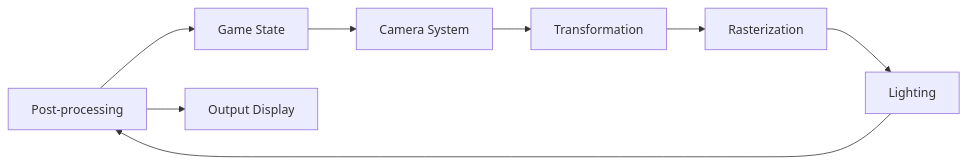
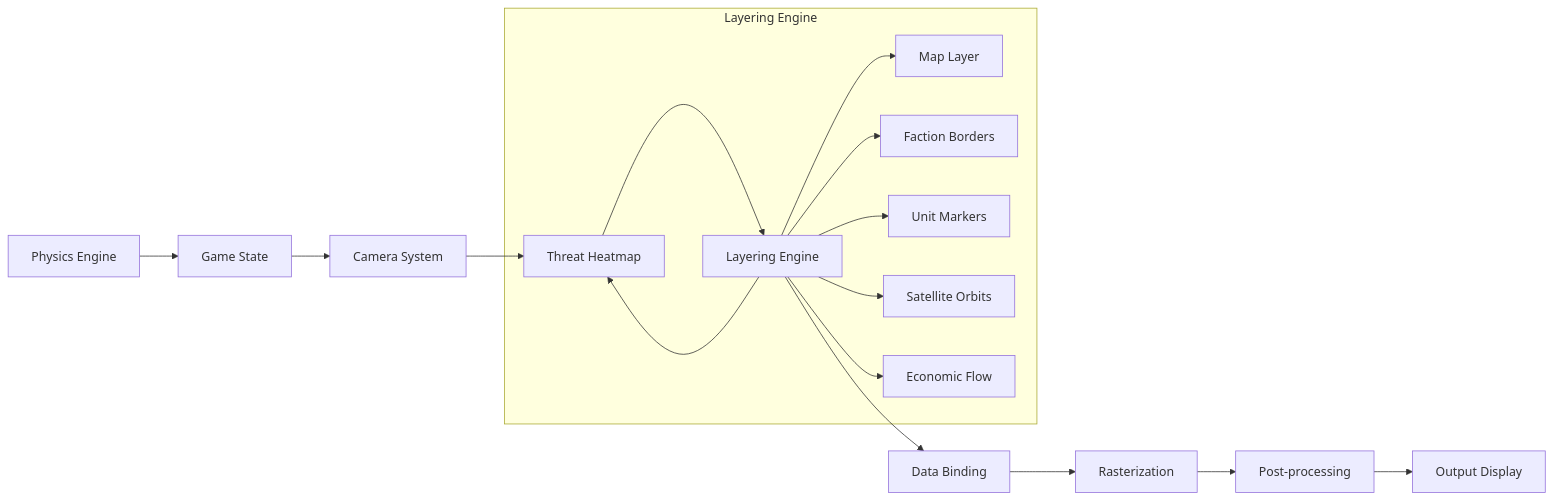
One commit to automenta/globalcrisis2 changed the fifth of 6 diagrams in MODEL.md. Above: the diagram before and after it, drawn with Mermaid. The commit also changed other lines of this file, not shown here.

````diff
--- a/MODEL.md
+++ b/MODEL.md
@@ -415,10 +461,20 @@
 ```mermaid
 flowchart LR
   P[Physics Engine] --> G[Game State]
   G --> C[Camera System]
   C --> T[Transformation]
-  T --> R[Rasterization]
-  R --> L[Lighting]
-  L --> P[Post-processing]
-  P --> O[Output Display]
+  T --> L[Layering Engine]
+  L --> D[Data Binding]
+  D --> R[Rasterization]
+  R --> PP[Post-processing]
+  PP --> O[Output Display]
+  
+  subgraph Layering Engine
+    L --> M[Map Layer]
+    L --> T[Threat Heatmap]
+    L --> F[Faction Borders]
+    L --> U[Unit Markers]
+    L --> S[Satellite Orbits]
+    L --> E[Economic Flow]
+  end
 ```
````
